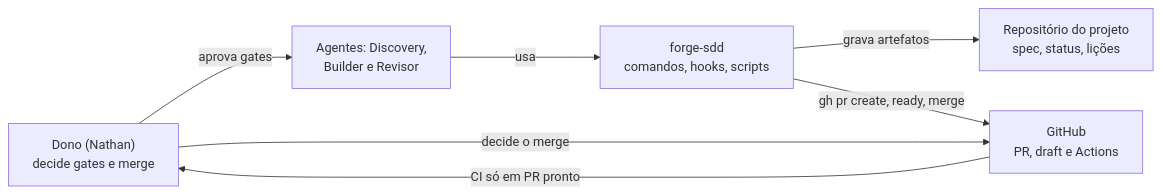
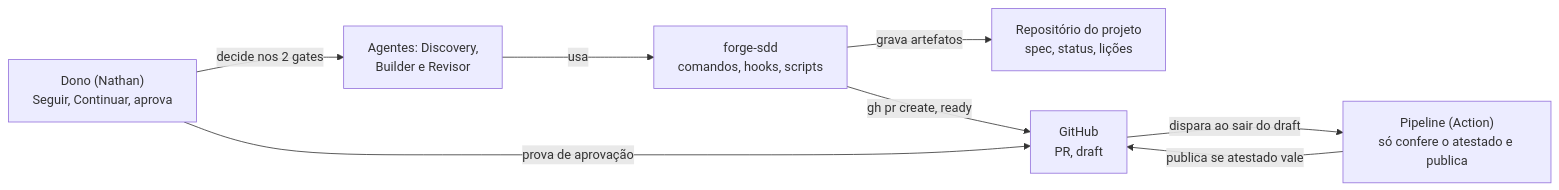
One commit to nathanramorim/forge-sdd changed the first of 3 diagrams in sdd/discovery/106-pr-draft-revisao-e-ci/criteria.md. Above: the diagram before and after it, drawn with Mermaid. The commit also changed other lines of this file and 12 other files, not shown here.

````diff
--- a/sdd/discovery/106-pr-draft-revisao-e-ci/criteria.md
+++ b/sdd/discovery/106-pr-draft-revisao-e-ci/criteria.md
@@ -50,14 +57,16 @@
 ```mermaid
 flowchart LR
-  H["Dono (Nathan)<br/>decide gates e merge"]
+  H["Dono (Nathan)<br/>Seguir, Continuar, aprova"]
   A["Agentes: Discovery,<br/>Builder e Revisor"]
   F["forge-sdd<br/>comandos, hooks, scripts"]
   R["Repositório do projeto<br/>spec, status, lições"]
-  G["GitHub<br/>PR, draft e Actions"]
-  H -->|"aprova gates"| A
+  G["GitHub<br/>PR, draft"]
+  P["Pipeline (Action)<br/>só confere o atestado e publica"]
+  H -->|"decide nos 2 gates"| A
   A -->|"usa"| F
   F -->|"grava artefatos"| R
-  F -->|"gh pr create, ready, merge"| G
-  G -->|"CI só em PR pronto"| H
-  H -->|"decide o merge"| G
+  F -->|"gh pr create, ready"| G
+  H -->|"prova de aprovação"| G
+  G -->|"dispara ao sair do draft"| P
+  P -->|"publica se atestado vale"| G
 ```
````
